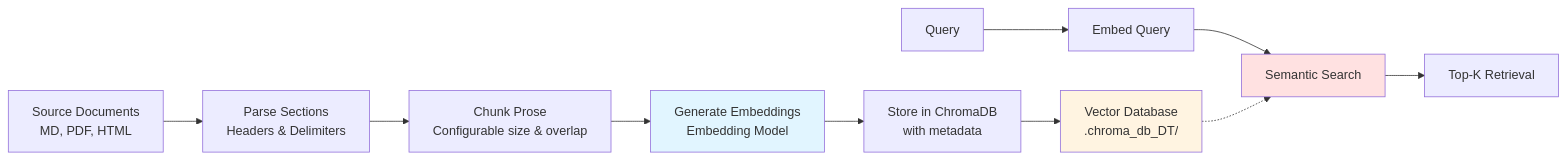
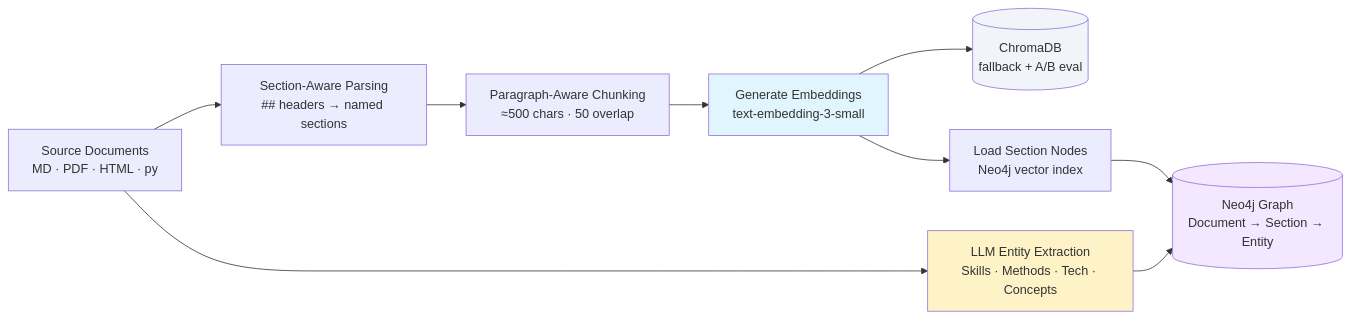
Before and after one commit to dagny099/barbs-digital-twin: the second of 3 diagrams in docs/DEVELOPER_GUIDE.md, drawn with Mermaid. The commit also changed other lines of this file and 5 other files, not shown here.

Commit message:
edited documentation to match new graphRAG design & added pipeline svg diagram

````diff
--- a/docs/DEVELOPER_GUIDE.md
+++ b/docs/DEVELOPER_GUIDE.md
@@ -121,17 +130,18 @@
 ```mermaid
 graph LR
-    A[Source Documents<br/>MD, PDF, HTML] --> B[Parse Sections<br/>Headers & Delimiters]
-    B --> C[Chunk Prose<br/>Configurable size & overlap]
-    C --> D[Generate Embeddings<br/>Embedding Model]
-    D --> E[Store in ChromaDB<br/>with metadata]
-    E --> F[Vector Database<br/>.chroma_db_DT/]
+    A[Source Documents<br/>MD · PDF · HTML · py] --> B[Section-Aware Parsing<br/>## headers → named sections]
+    B --> C[Paragraph-Aware Chunking<br/>≈500 chars · 50 overlap]
+    C --> D[Generate Embeddings<br/>text-embedding-3-small]
 
-    G[Query] --> H[Embed Query]
-    H --> I[Semantic Search]
-    F -.-> I
-    I --> J[Top-K Retrieval]
+    D --> E[(ChromaDB<br/>fallback + A/B eval)]
+    D --> F[Load Section Nodes<br/>Neo4j vector index]
+    F --> G[(Neo4j Graph<br/>Document → Section → Entity)]
+
+    EX[LLM Entity Extraction<br/>Skills · Methods · Tech · Concepts] --> G
+    A --> EX
 
     style D fill:#e1f5ff
-    style F fill:#fff4e1
-    style I fill:#ffe1e1
+    style E fill:#f1f5f9
+    style G fill:#f3e8ff
+    style EX fill:#fef3c7
 ```
````
